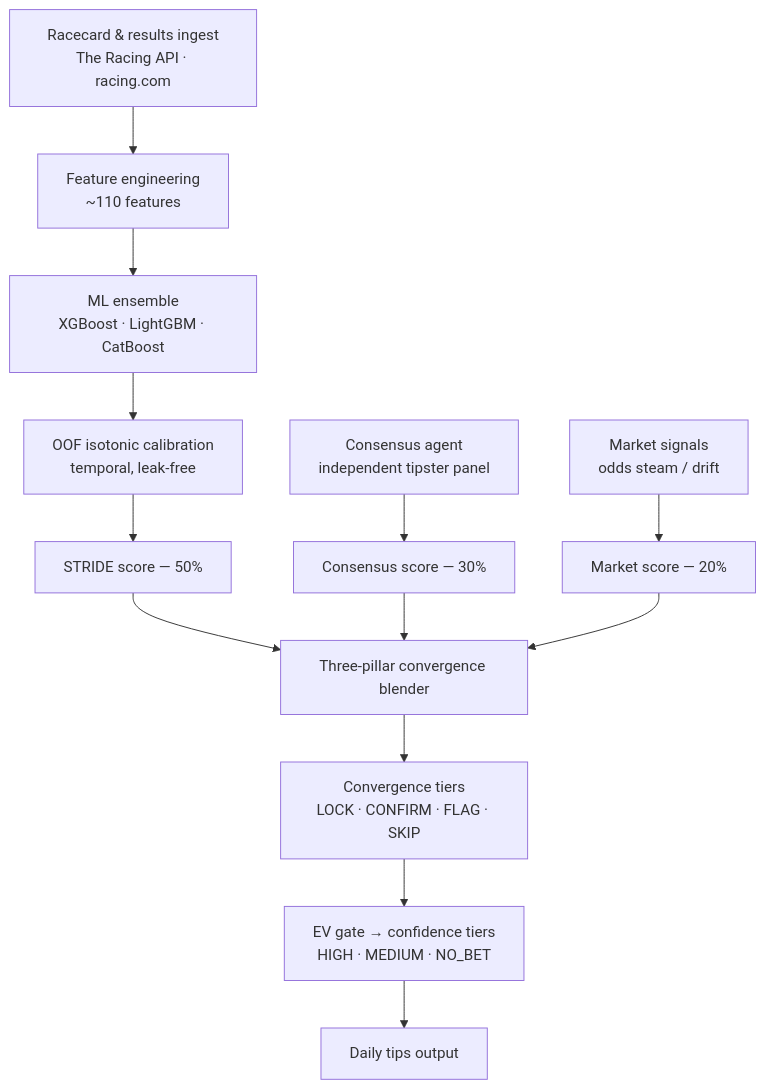
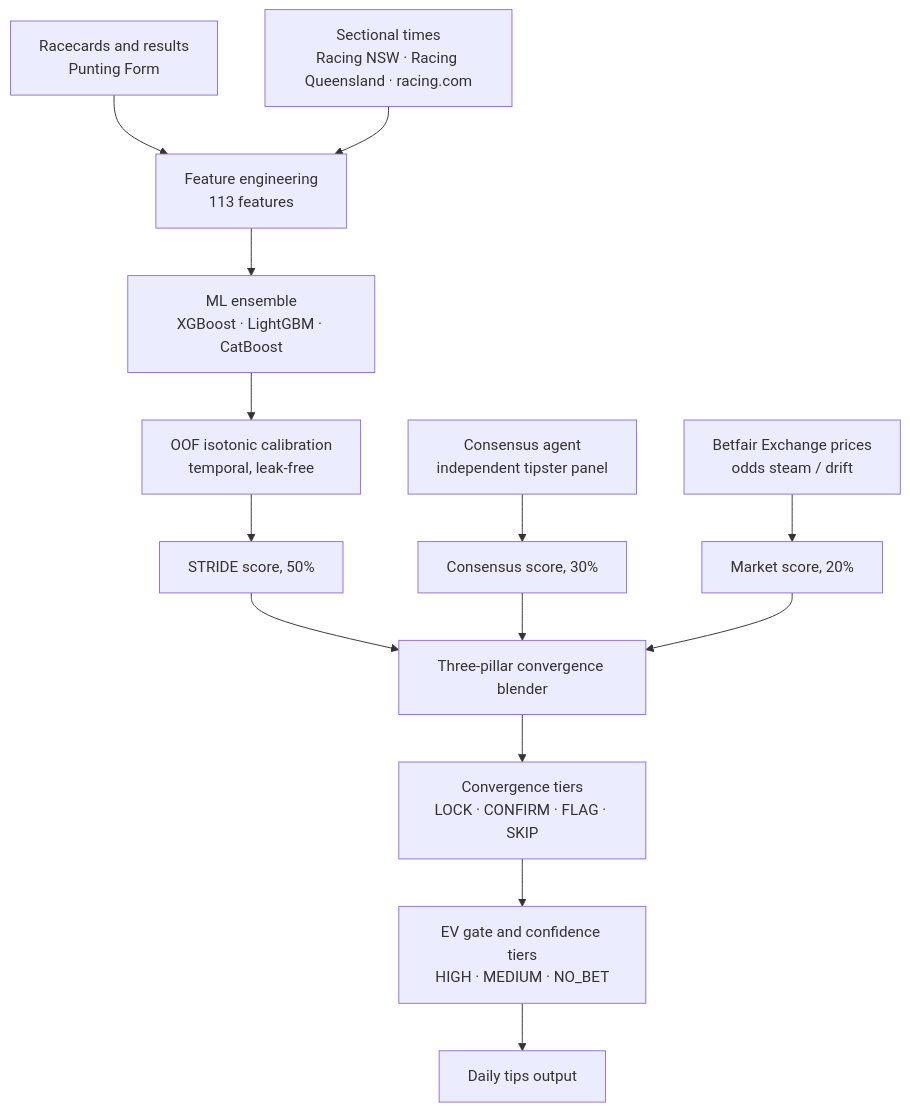
One commit to Sageabdallah/stride-racing changed the diagram in README.md. Above: the diagram before and after it, drawn with Mermaid. The commit also changed other lines of this file, not shown here.

````diff
--- a/README.md
+++ b/README.md
@@ -67,15 +74,16 @@
 ```mermaid
 flowchart TD
-    A[Racecard &amp; results ingest<br/>The Racing API · racing.com] --> B[Feature engineering<br/>~110 features]
+    A[Racecards and results<br/>Punting Form] --> B[Feature engineering<br/>113 features]
+    S[Sectional times<br/>Racing NSW · Racing Queensland · racing.com] --> B
     B --> C[ML ensemble<br/>XGBoost · LightGBM · CatBoost]
     C --> D[OOF isotonic calibration<br/>temporal, leak-free]
-    D --> E[STRIDE score — 50%]
-    F[Consensus agent<br/>independent tipster panel] --> G[Consensus score — 30%]
-    H[Market signals<br/>odds steam / drift] --> I[Market score — 20%]
+    D --> E[STRIDE score, 50%]
+    F[Consensus agent<br/>independent tipster panel] --> G[Consensus score, 30%]
+    H[Betfair Exchange prices<br/>odds steam / drift] --> I[Market score, 20%]
     E --> J[Three-pillar convergence blender]
     G --> J
     I --> J
     J --> K[Convergence tiers<br/>LOCK · CONFIRM · FLAG · SKIP]
-    K --> L[EV gate → confidence tiers<br/>HIGH · MEDIUM · NO_BET]
+    K --> L[EV gate and confidence tiers<br/>HIGH · MEDIUM · NO_BET]
     L --> M[Daily tips output]
 ```
````
